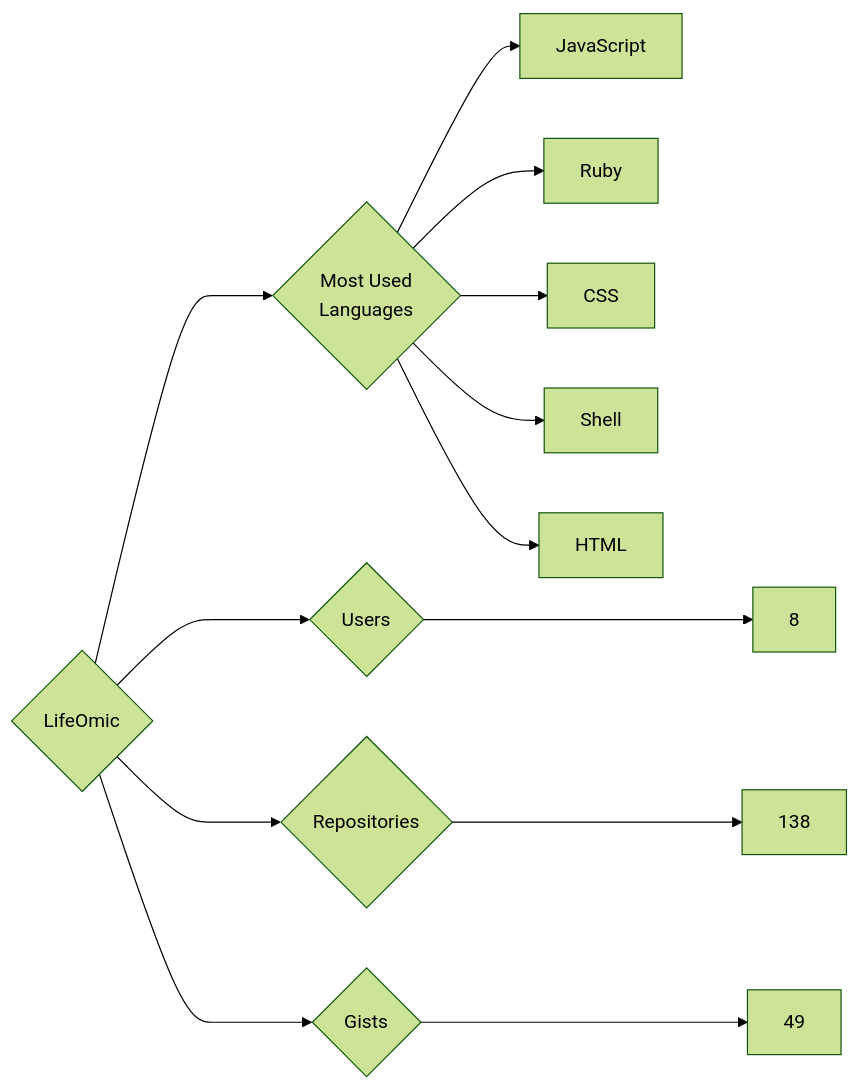
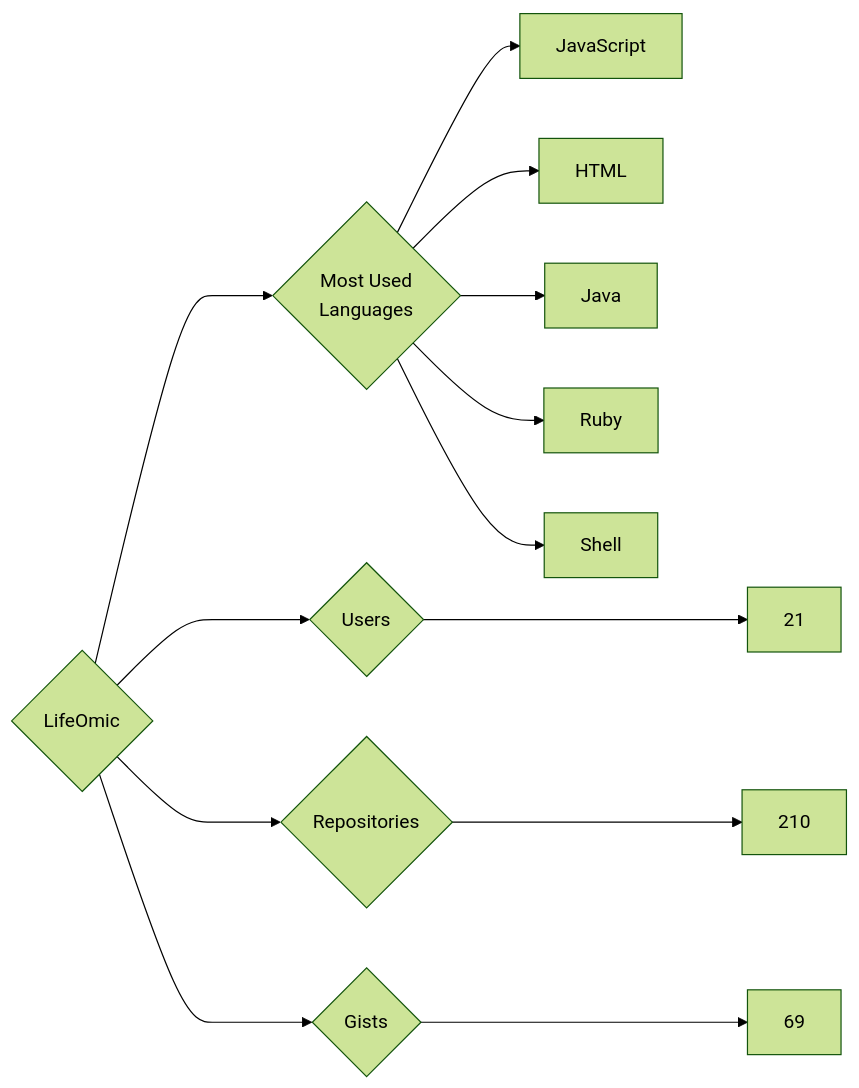
One commit to trickest/insiders changed the diagram in targets/LifeOmic/README.md. Above: the diagram before and after it, drawn with Mermaid (forest theme). The commit also changed 545 other files, not shown here.

````diff
--- a/targets/LifeOmic/README.md
+++ b/targets/LifeOmic/README.md
@@ -3,13 +3,13 @@
 ```mermaid
 graph LR
 COMPANY_NAME{LifeOmic}
-COMPANY_NAME ---> U{Users} ---> UN[8]
-COMPANY_NAME ---> R{Repositories} ---> RN[138]
-COMPANY_NAME ---> G{Gists} ---> GN[49]
+COMPANY_NAME ---> U{Users} ---> UN[21]
+COMPANY_NAME ---> R{Repositories} ---> RN[210]
+COMPANY_NAME ---> G{Gists} ---> GN[69]
 COMPANY_NAME ---> ML{Most Used<br>Languages}
 ML --> JavaScript[JavaScript]
+ML --> HTML[HTML]
+ML --> Java[Java]
 ML --> Ruby[Ruby]
-ML --> CSS[CSS]
 ML --> Shell[Shell]
-ML --> HTML[HTML]
 ```
````
